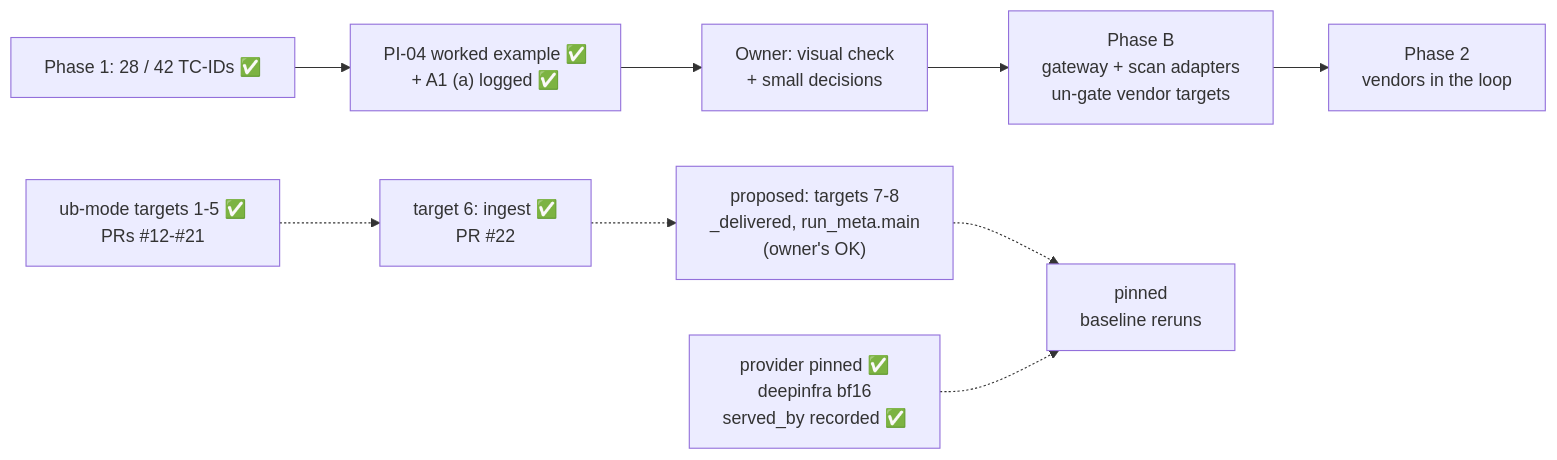
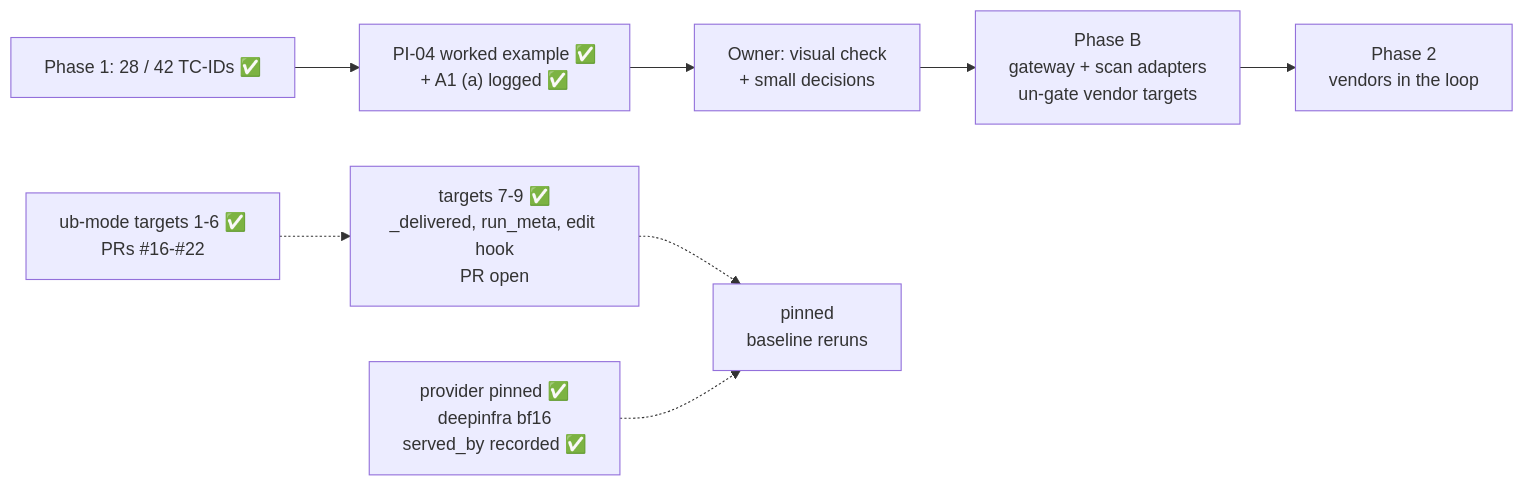
The diagram in STATUS.md (hackershmave1/guardrail-eval), drawn with Mermaid before and after one commit. The commit also changed other lines of this file, not shown here.

First line of the commit message:
Status: targets 7-9 done; every ub-mode target done or deferred

````diff
--- a/STATUS.md
+++ b/STATUS.md
@@ -9,11 +9,10 @@
 ```mermaid
 flowchart LR
     A["Phase 1: 28 / 42 TC-IDs ✅"] --> W["PI-04 worked example ✅<br/>+ A1 (a) logged ✅"]
     W --> C["Owner: visual check<br/>+ small decisions"]
     C --> D["Phase B<br/>gateway + scan adapters<br/>un-gate vendor targets"]
     D --> E["Phase 2<br/>vendors in the loop"]
-    U["ub-mode targets 1-5 ✅<br/>PRs #12-#21"] -.-> I["target 6: ingest ✅<br/>PR #22"]
-    I -.-> T["proposed: targets 7-8<br/>_delivered, run_meta.main<br/>(owner's OK)"]
+    U["ub-mode targets 1-6 ✅<br/>PRs #16-#22"] -.-> T["targets 7-9 ✅<br/>_delivered, run_meta, edit hook<br/>PR open"]
     T -.-> B["pinned<br/>baseline reruns"]
     P["provider pinned ✅<br/>deepinfra bf16<br/>served_by recorded ✅"] -.-> B
 ```
````
